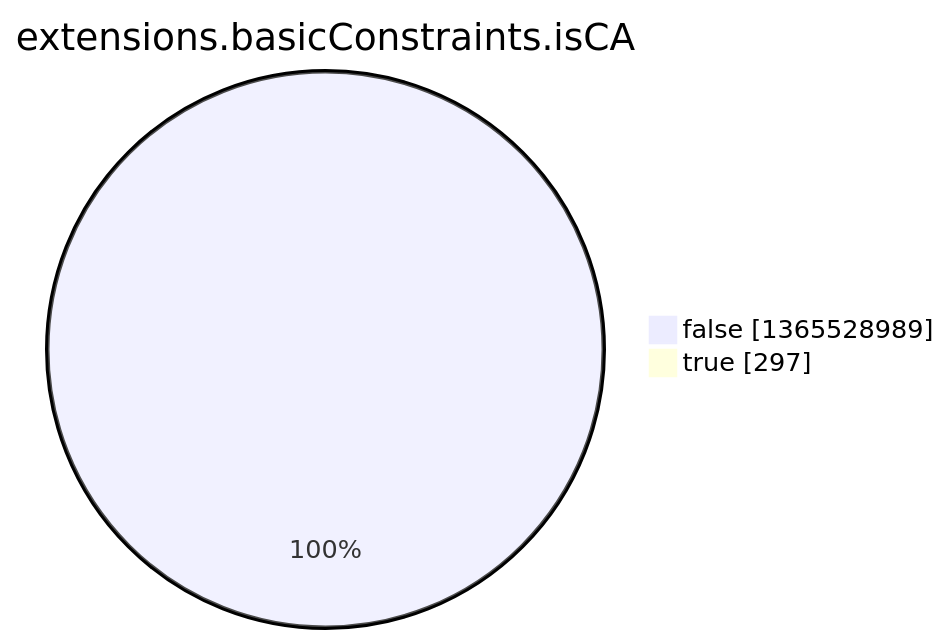
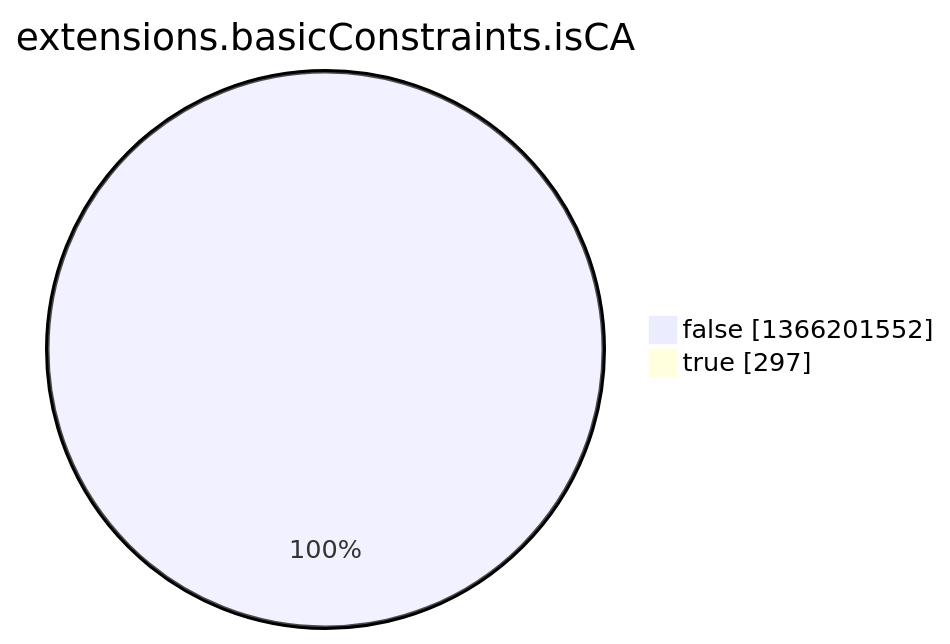
The eighth of 15 diagrams in argon2022/README.md (christiankrug/ctmonitor_visualization), drawn with Mermaid before and after one commit. The commit also changed other lines of this file, not shown here.

````diff
--- a/argon2022/README.md
+++ b/argon2022/README.md
@@ -2758,6 +2758,6 @@
 ```mermaid
 pie showData
 title extensions.basicConstraints.isCA
-"false" :1365528989
+"false" :1366201552
 "true" :297
 ```
````
